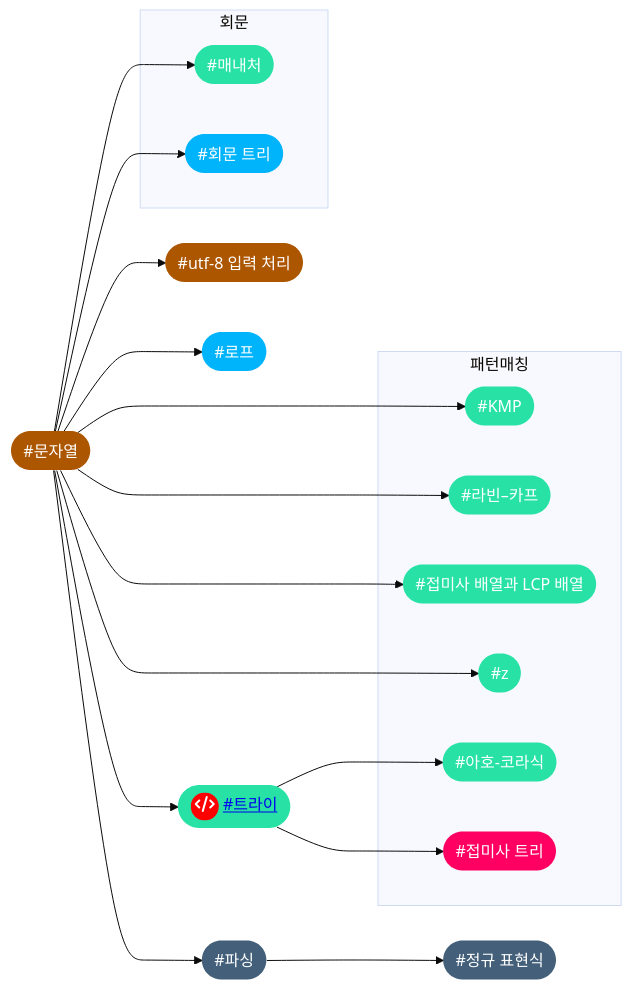
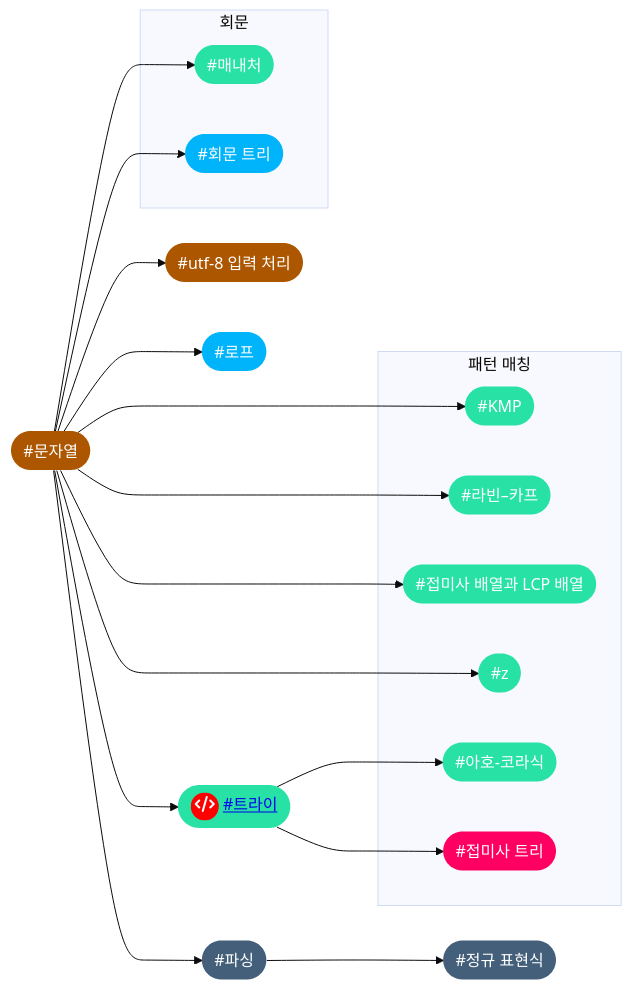
Before and after one commit to CHOYUNSIG/algorithm_with_boj: the sixth of 12 diagrams in index.md, drawn with Mermaid (base theme). The commit also changed other lines of this file and 1 other file, not shown here.

```diff
--- a/index.md
+++ b/index.md
@@ -304,53 +331,53 @@
 <pre class="mermaid">
     graph LR
 
     #string --> #utf8
     #string --> #manacher
     #string --> #palindrome_tree
     #string --> #rope
     #string --> #parsing
     #string --> #trie
     #string --> #kmp
     #string --> #rabin_karp
     #string --> #suffix_array
     #string --> #z
     #parsing --> #regex
     #trie --> #aho_corasick
     #trie --> #suffix_tree
 
     subgraph 회문
         #manacher
         #palindrome_tree
     end
 
-    subgraph 패턴매칭
+    subgraph 패턴 매칭
         #aho_corasick
         #kmp
         #rabin_karp
         #suffix_array
         #suffix_tree
         #z
     end
 
     #kmp(["#KMP"]):::tier3
     #utf8(["#utf-8 입력 처리"]):::tier0
     #z(["#z"]):::tier3
     #rabin_karp(["#라빈–카프"]):::tier3
     #rope(["#로프"]):::tier4
     #manacher(["#매내처"]):::tier3
     #string(["#문자열"]):::tier0
     #aho_corasick(["#아호-코라식"]):::tier3
     #suffix_array(["#접미사 배열과 LCP 배열"]):::tier3
     #suffix_tree(["#접미사 트리"]):::tier5
     #regex(["#정규 표현식"]):::tier1
     #trie(["<span style="background-color: red; border-radius: 50%; display:inline-block; width:28px; height:28px">fa:fa-code</span> <a href="post/2024/01/03/trie.html">#트라이</a>"]):::tier3
     #parsing(["#파싱"]):::tier1
     #palindrome_tree(["#회문 트리"]):::tier4
 
     classDef tier0 fill:#ad5600, color:#fff, stroke:#0000
     classDef tier1 fill:#435f7a, color:#fff, stroke:#0000
     classDef tier2 fill:#ec9a00, color:#fff, stroke:#0000
     classDef tier3 fill:#27e2a4, color:#fff, stroke:#0000
     classDef tier4 fill:#00b4fc, color:#fff, stroke:#0000
     classDef tier5 fill:#ff0062, color:#fff, stroke:#0000
 </pre>
```
